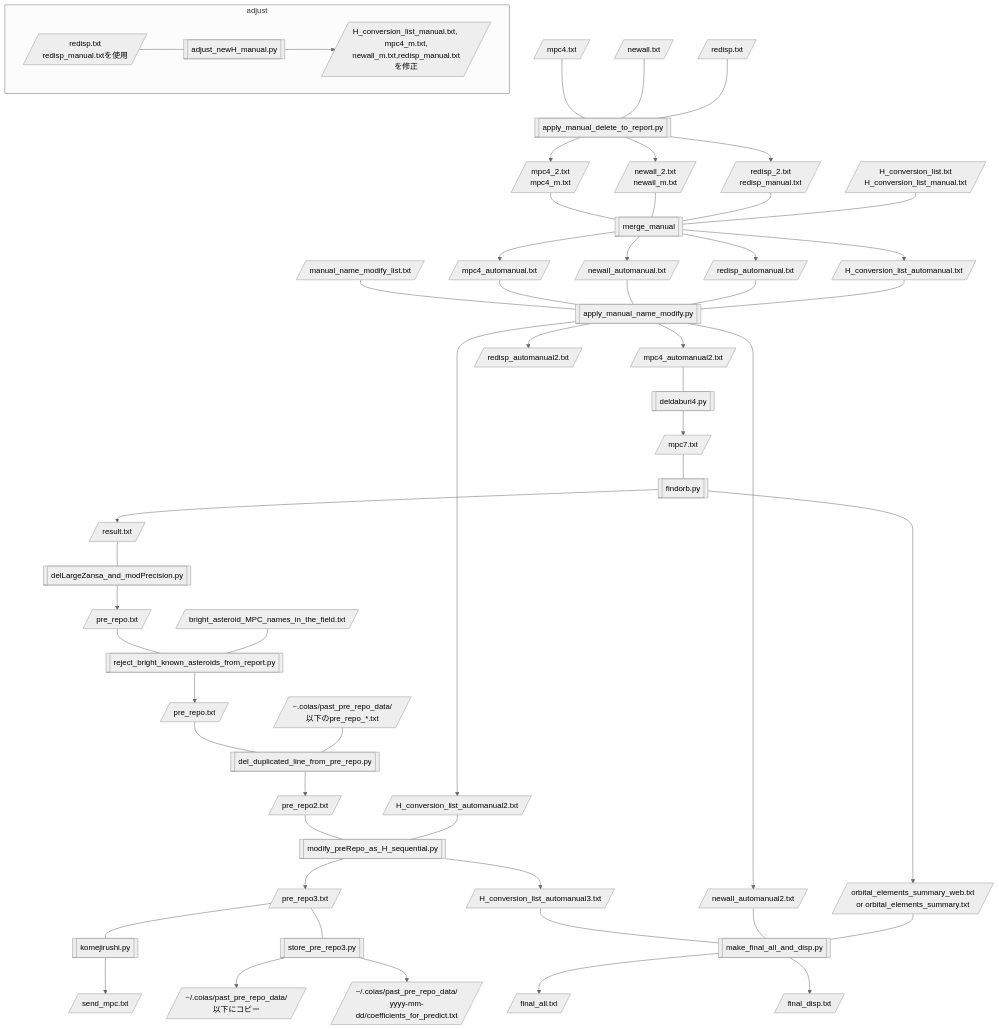
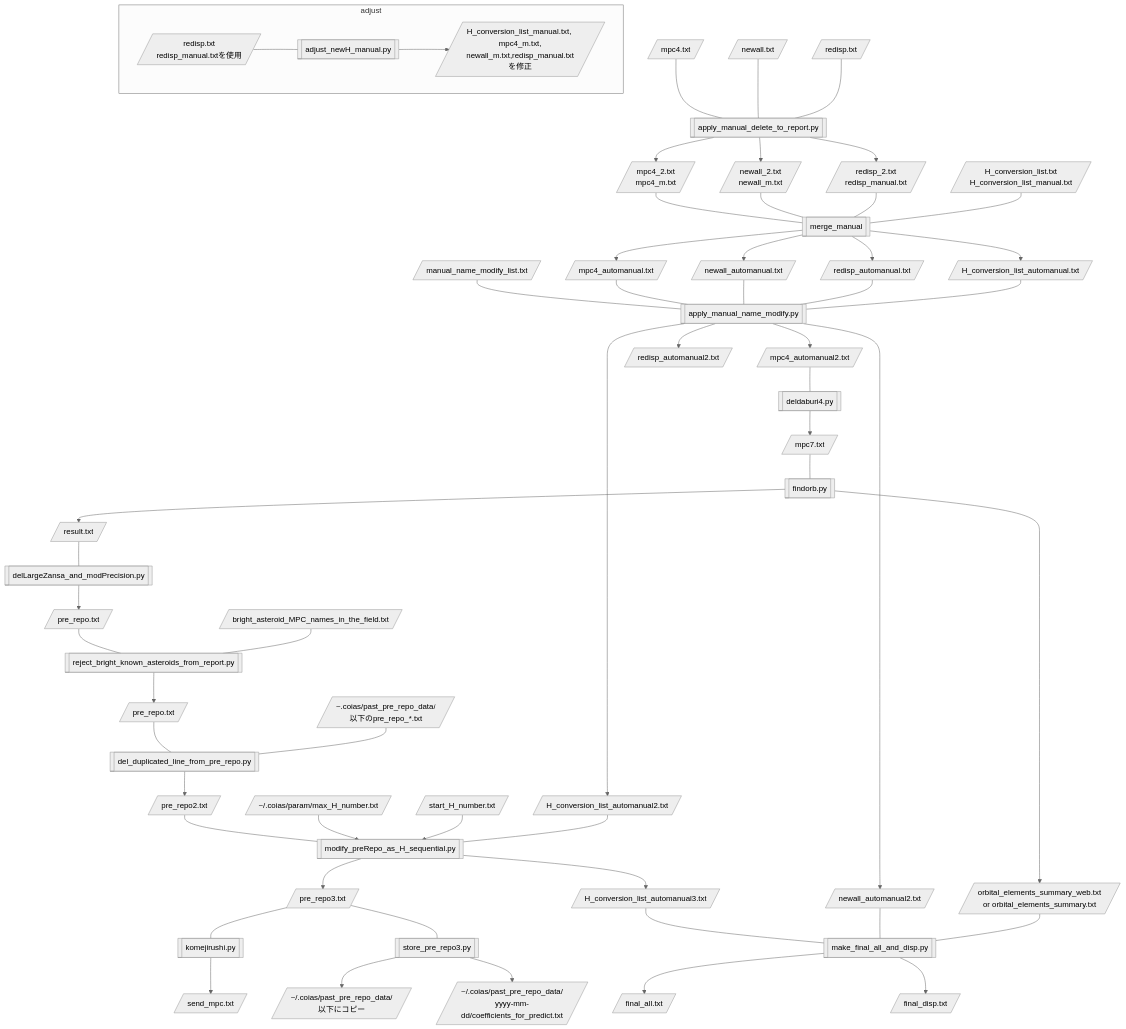
Before and after one commit to COIAS-program/COIAS_program_github: the diagram in flowcharts/flowchart7-AstsearchR_afterReCOIAS.md, drawn with Mermaid (neutral theme). The commit also changed 1 other file, not shown here.

Commit message:
レポートモード前の連番になるような名前付け替えの修正
基本的にmax_H_number.txtからの連番になるようにした.
ただし, AstsearchR_between_COIAS_and_ReCOIASで第二引数を指定した場合にはその番号からの連番にする.
また, 名前修正モードで付け替えた若い番号については今回の連番付け替えの対象としない.

```````diff
--- a/flowcharts/flowchart7-AstsearchR_afterReCOIAS.md
+++ b/flowcharts/flowchart7-AstsearchR_afterReCOIAS.md
@@ -45,6 +45,8 @@
 	c[/"~".coias/past_pre_repo_data/\n以下のpre_repo_*.txt/] --- b
 	b --> d[/pre_repo2.txt/]
     d --- Y[[modify_preRepo_as_H_sequential.py]]
+    r[/"~/.coias/param/max_H_number.txt"/] --> Y
+    s[/start_H_number.txt/] --> Y
     Y --> Z[/pre_repo3.txt/]
     Y --> a[/H_conversion_list_automanual3.txt/]
     N --- Y
@@ -99,4 +101,6 @@
     click A "https://github.com/COIAS-program/COIAS_program_github/blob/main/flowcharts/sample7/mpc4_2.txt"
     click C "https://github.com/COIAS-program/COIAS_program_github/blob/main/flowcharts/sample7/newall_2.txt"
     click D "https://github.com/COIAS-program/COIAS_program_github/blob/main/flowcharts/sample7/redisp_2.txt"
+    click r "https://github.com/COIAS-program/COIAS_program_github/blob/main/flowcharts/sample5/max_H_number.txt"
+    click s "https://github.com/COIAS-program/COIAS_program_github/blob/main/flowcharts/sample5/start_H_number.txt"
 ``````
```````
